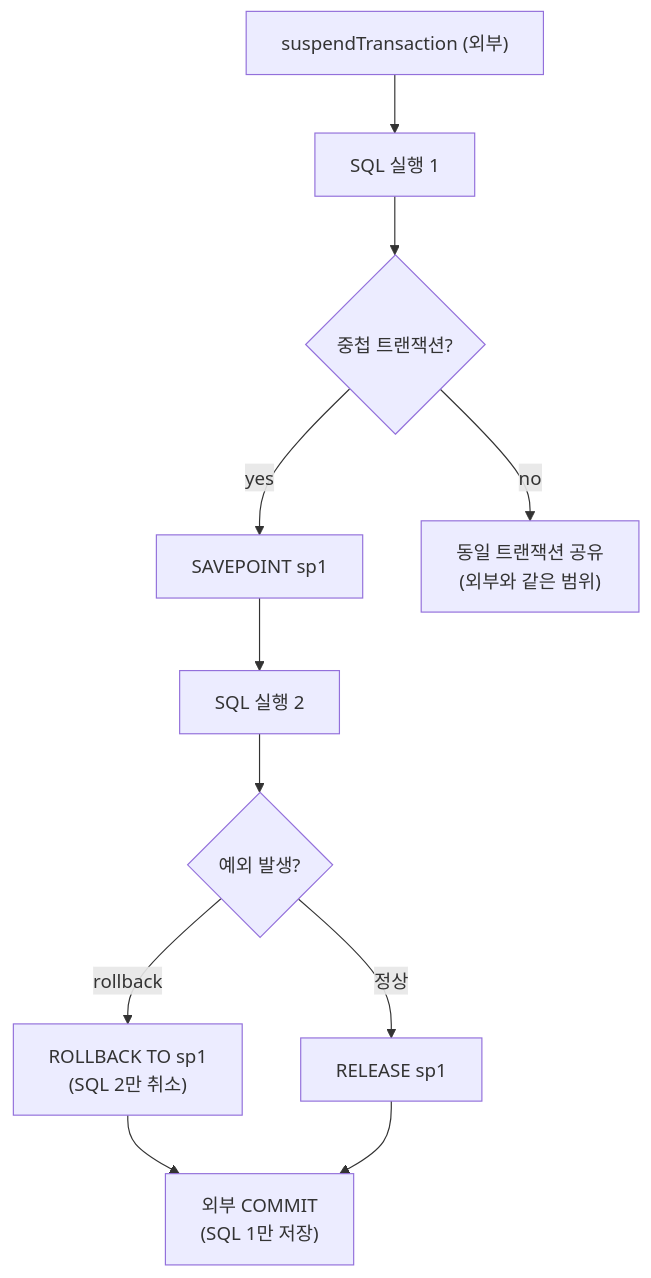
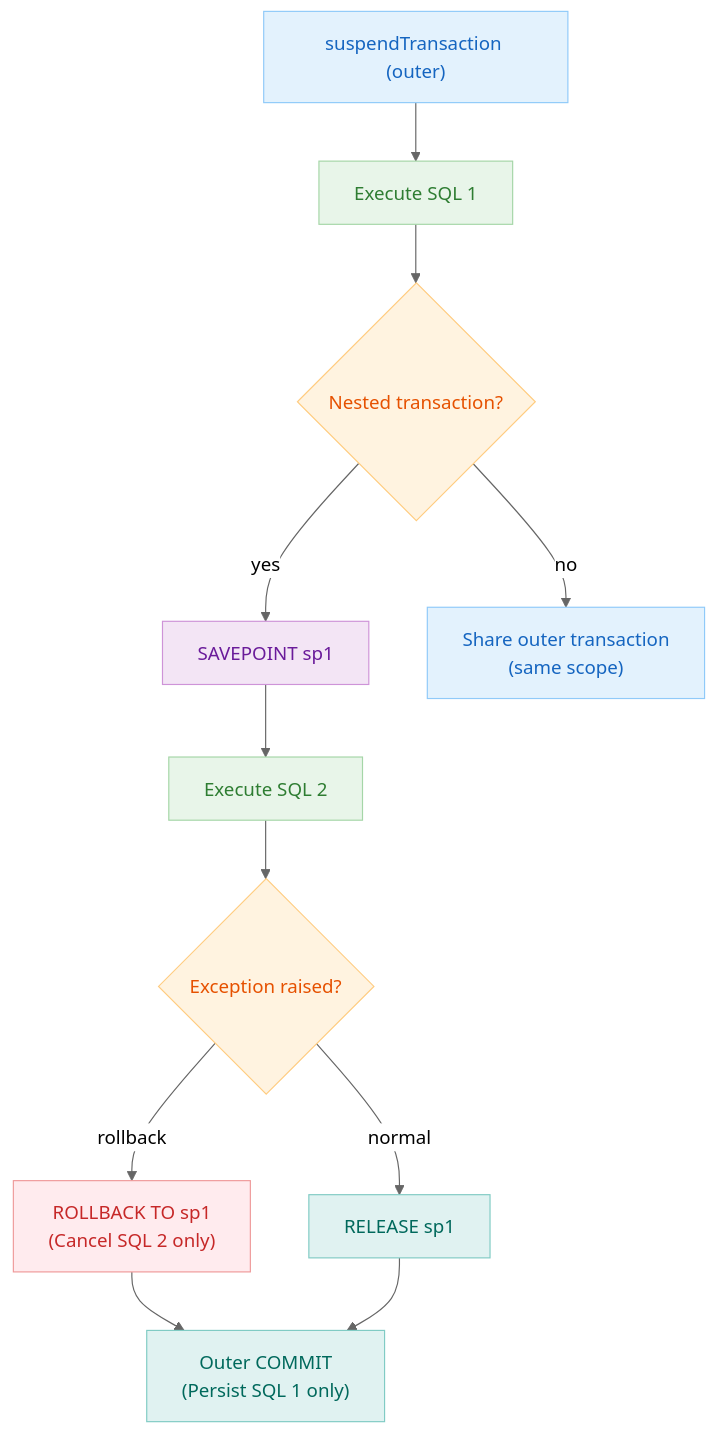
The second of 3 diagrams in 05-exposed-r2dbc-dml/04-transactions/README.md (bluetape4k/exposed-r2dbc-workshop), drawn with Mermaid before and after one commit. The commit also changed other lines of this file and 63 other files, not shown here.

First line of the commit message:
docs: 전 모듈 README Mermaid UML 추가 및 영/한 이중화

````diff
--- a/05-exposed-r2dbc-dml/04-transactions/README.md
+++ b/05-exposed-r2dbc-dml/04-transactions/README.md
@@ -48,13 +49,32 @@
 ```mermaid
+%%{init: {"theme": "neutral"}}%%
 flowchart TD
-    A["suspendTransaction (외부)"] --> B["SQL 실행 1"]
-    B --> C{"중첩 트랜잭션?"}
+    classDef blue   fill:#E3F2FD,stroke:#90CAF9,color:#1565C0
+    classDef green  fill:#E8F5E9,stroke:#A5D6A7,color:#2E7D32
+    classDef purple fill:#F3E5F5,stroke:#CE93D8,color:#6A1B9A
+    classDef orange fill:#FFF3E0,stroke:#FFCC80,color:#E65100
+    classDef teal   fill:#E0F2F1,stroke:#80CBC4,color:#00695C
+    classDef red    fill:#FFEBEE,stroke:#EF9A9A,color:#C62828
+
+    A["suspendTransaction (outer)"] --> B["Execute SQL 1"]
+    B --> C{"Nested transaction?"}
     C -->|yes| D["SAVEPOINT sp1"]
-    D --> E["SQL 실행 2"]
-    E --> G{예외 발생?}
-    G -->|rollback| H["ROLLBACK TO sp1\n(SQL 2만 취소)"]
-    G -->|정상| I["RELEASE sp1"]
-    H --> J["외부 COMMIT\n(SQL 1만 저장)"]
+    D --> E["Execute SQL 2"]
+    E --> G{Exception raised?}
+    G -->|rollback| H["ROLLBACK TO sp1\n(Cancel SQL 2 only)"]
+    G -->|normal| I["RELEASE sp1"]
+    H --> J["Outer COMMIT\n(Persist SQL 1 only)"]
     I --> J
-    C -->|no| K["동일 트랜잭션 공유\n(외부와 같은 범위)"]
+    C -->|no| K["Share outer transaction\n(same scope)"]
+
+    class A blue
+    class B green
+    class C orange
+    class D purple
+    class E green
+    class G orange
+    class H red
+    class I teal
+    class J teal
+    class K blue
 ```
````
